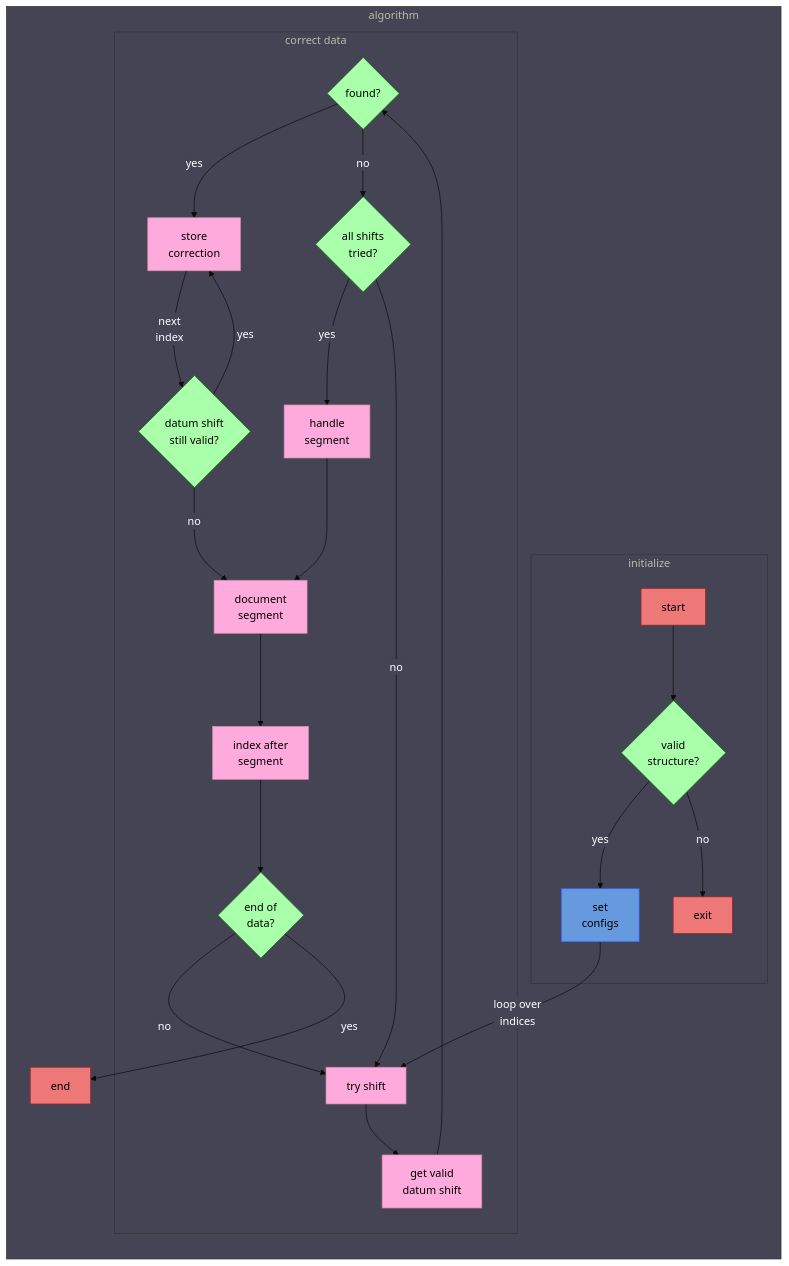
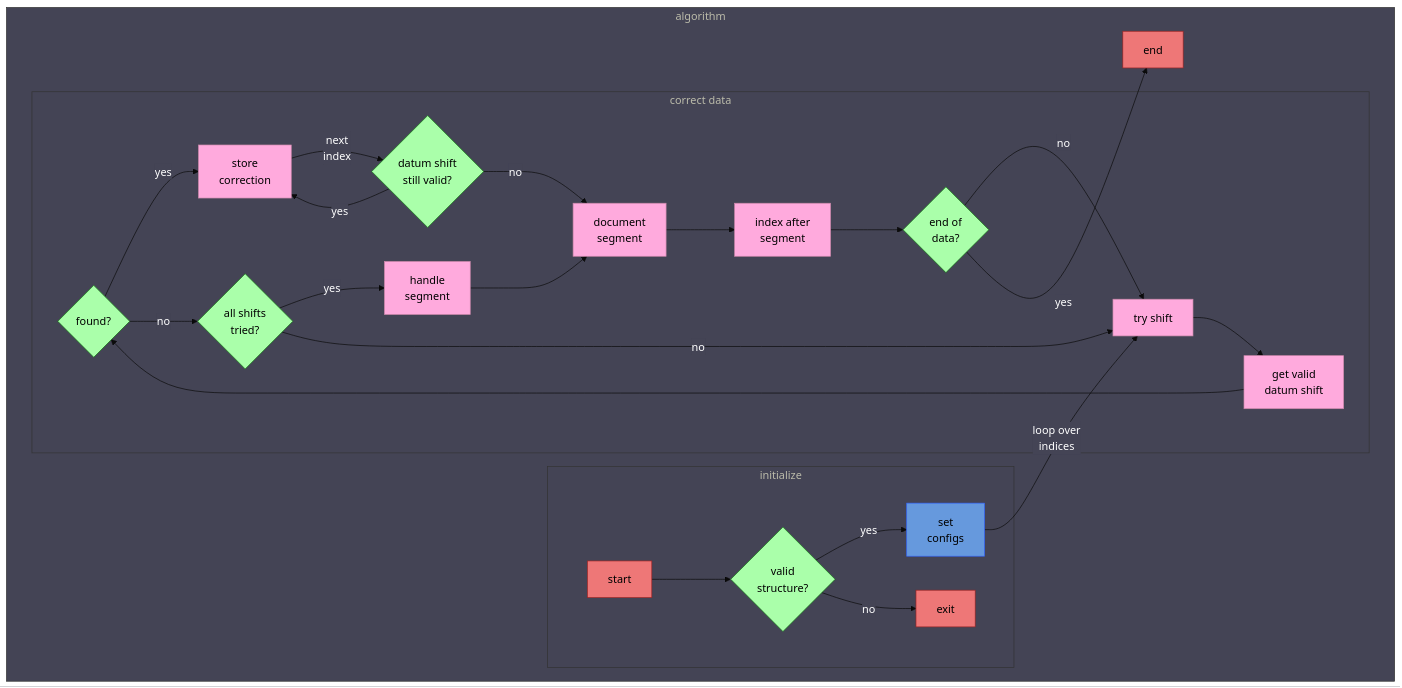
Before and after one commit to ncail/noaa-lighthouse-problem: the second of 2 diagrams in README.md, drawn with Mermaid.

Commit message:
updated diagrams in readme.

```diff
--- a/README.md
+++ b/README.md
@@ -170,7 +170,7 @@
     linkStyle default color:white
 
     subgraph algorithm
-        direction TB
+        direction LR
 
         subgraph initialize
 
```
